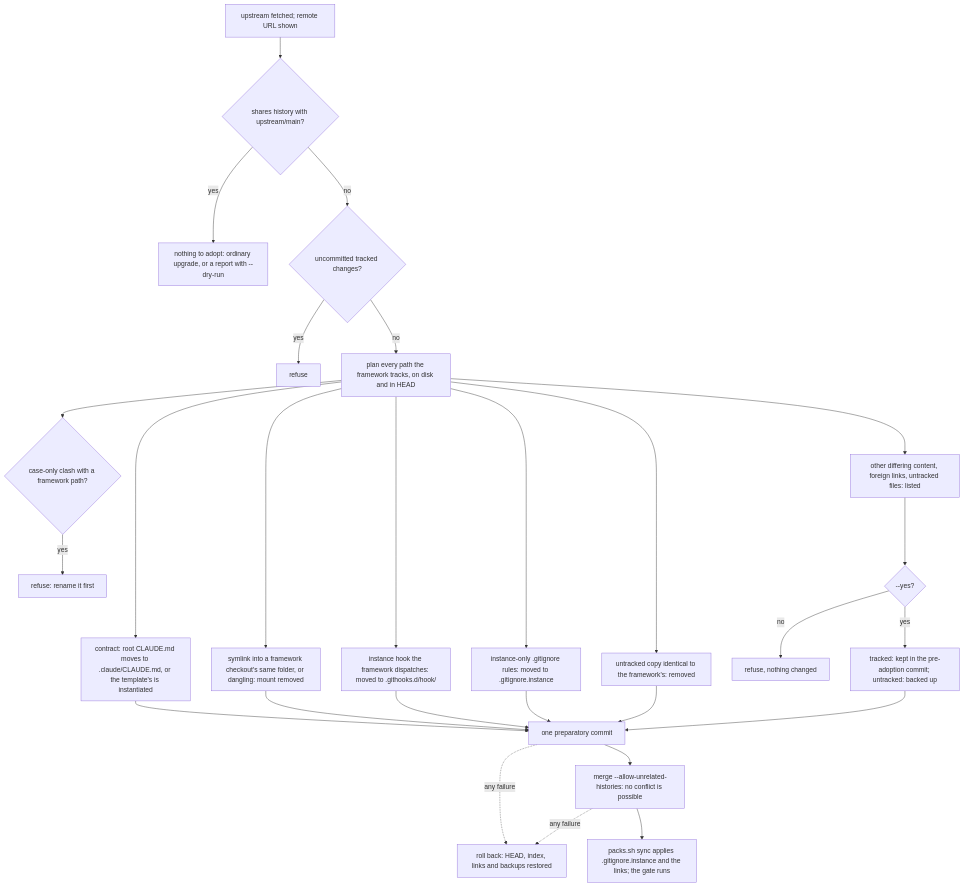
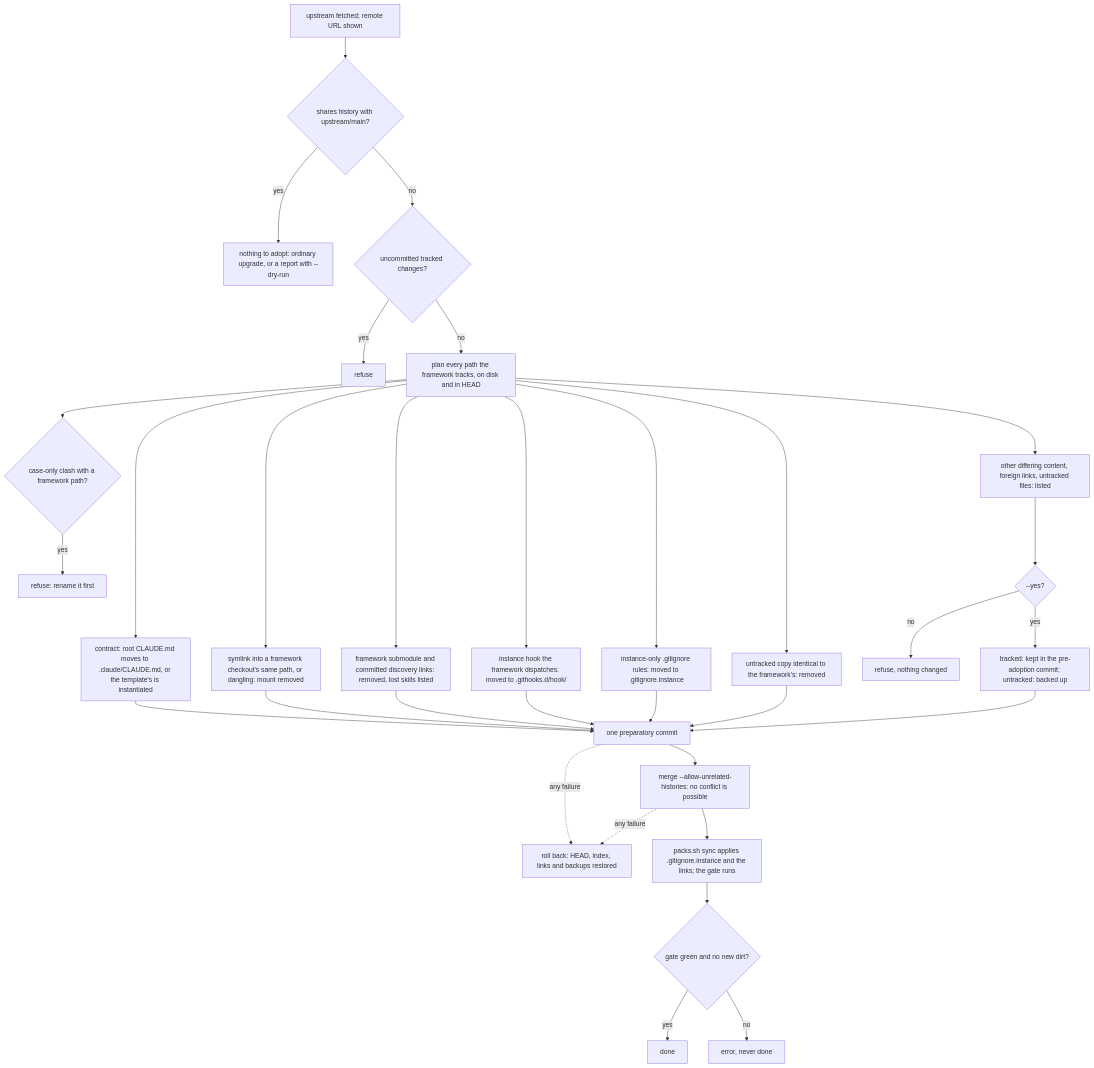
One commit to meta-agentic/meta-os changed the diagram in systems/distribution.md. Above: the diagram before and after it, drawn with Mermaid. The commit also changed other lines of this file and 6 other files, not shown here.

First line of the commit message:
fix(adopt): adopt the template layout; never report success on failure or dirt

````diff
--- a/systems/distribution.md
+++ b/systems/distribution.md
@@ -127,24 +132,28 @@
 ```mermaid
 flowchart TD
     A[upstream fetched; remote URL shown] --> B{shares history with upstream/main?}
     B -- yes --> U[nothing to adopt: ordinary upgrade, or a report with --dry-run]
     B -- no --> D{uncommitted tracked changes?}
     D -- yes --> X0[refuse]
     D -- no --> P[plan every path the framework tracks, on disk and in HEAD]
     P --> C[contract: root CLAUDE.md moves to .claude/CLAUDE.md, or the template's is instantiated]
-    P --> M[symlink into a framework checkout's same folder, or dangling: mount removed]
+    P --> M[symlink into a framework checkout's same path, or dangling: mount removed]
+    P --> SM[framework submodule and committed discovery links: removed, lost skills listed]
     P --> H[instance hook the framework dispatches: moved to .githooks.d/hook/]
     P --> I[instance-only .gitignore rules: moved to .gitignore.instance]
     P --> Z[untracked copy identical to the framework's: removed]
     P --> Q{case-only clash with a framework path?}
     Q -- yes --> X1[refuse: rename it first]
     P --> R[other differing content, foreign links, untracked files: listed]
     R --> Y{--yes?}
     Y -- no --> X2[refuse, nothing changed]
     Y -- yes --> BK[tracked: kept in the pre-adoption commit; untracked: backed up]
-    C & M & H & I & Z & BK --> K[one preparatory commit]
+    C & M & SM & H & I & Z & BK --> K[one preparatory commit]
     K --> G[merge --allow-unrelated-histories: no conflict is possible]
     K -. any failure .-> RB[roll back: HEAD, index, links and backups restored]
     G -. any failure .-> RB
     G --> S[packs.sh sync applies .gitignore.instance and the links; the gate runs]
+    S --> T{gate green and no new dirt?}
+    T -- yes --> DONE[done]
+    T -- no --> E[error, never done]
 ```
````
